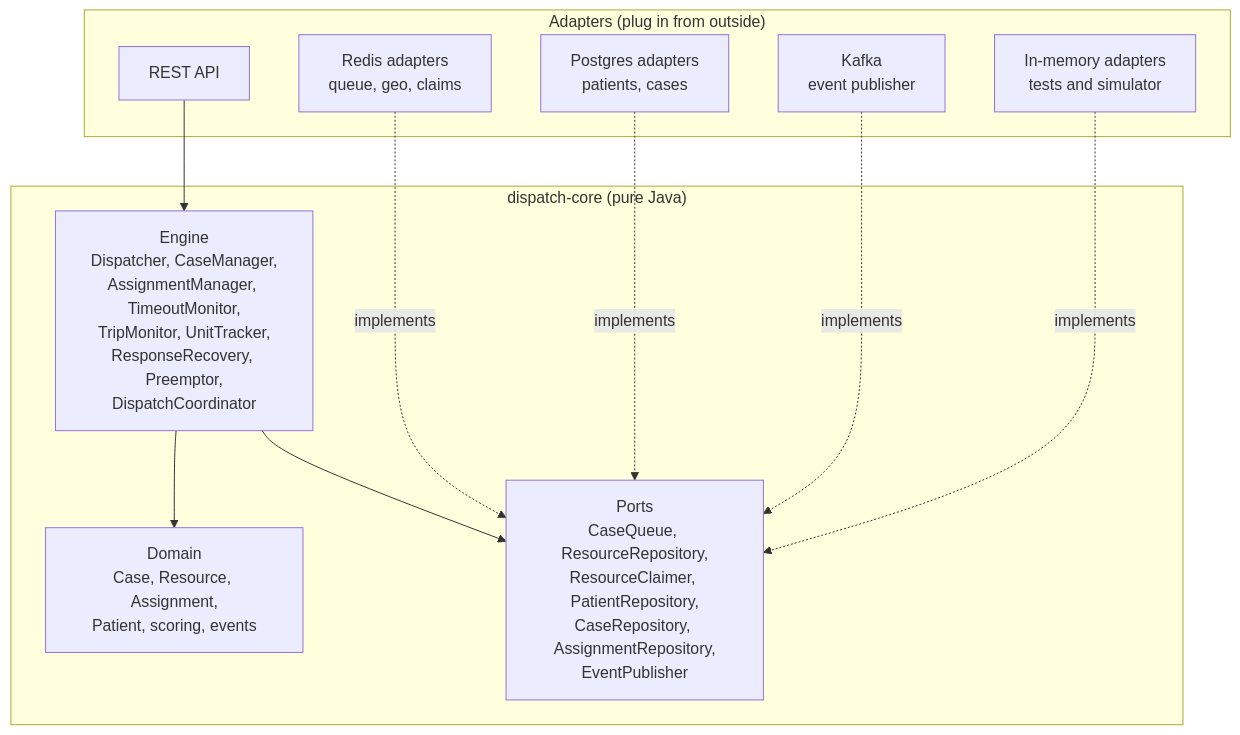
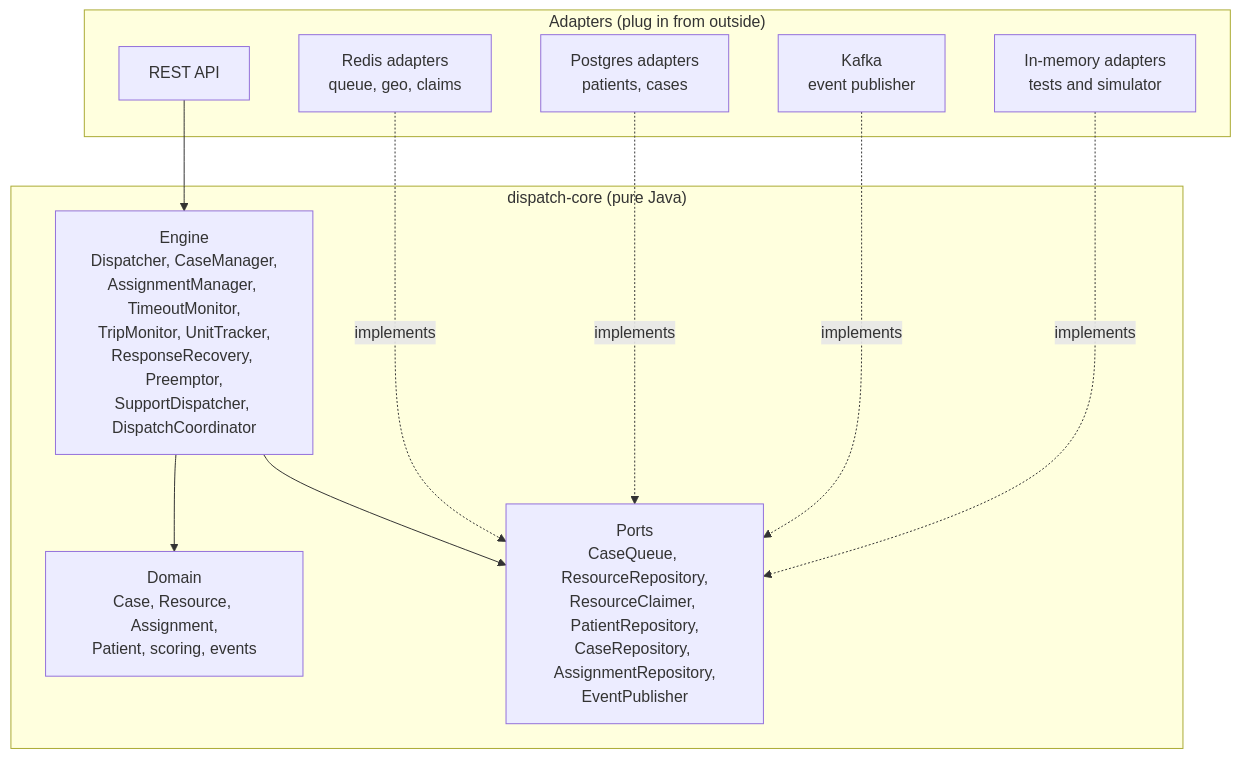
One commit to anujpi/medidispatch changed the third of 3 diagrams in README.md. Above: the diagram before and after it, drawn with Mermaid. The commit also changed other lines of this file and 1 other file, not shown here.

````diff
--- a/README.md
+++ b/README.md
@@ -105,22 +105,22 @@
 ```mermaid
 flowchart TB
     subgraph Outside["Adapters (plug in from outside)"]
         REST[REST API]
         REDIS[Redis adapters<br/>queue, geo, claims]
         PG[Postgres adapters<br/>patients, cases]
         KAFKA[Kafka<br/>event publisher]
         MEM[In-memory adapters<br/>tests and simulator]
     end
     subgraph Core["dispatch-core (pure Java)"]
-        ENG[Engine<br/>Dispatcher, CaseManager,<br/>AssignmentManager, TimeoutMonitor,<br/>TripMonitor, UnitTracker,<br/>ResponseRecovery, Preemptor,<br/>DispatchCoordinator]
+        ENG[Engine<br/>Dispatcher, CaseManager,<br/>AssignmentManager, TimeoutMonitor,<br/>TripMonitor, UnitTracker,<br/>ResponseRecovery, Preemptor,<br/>SupportDispatcher, DispatchCoordinator]
         DOM[Domain<br/>Case, Resource, Assignment,<br/>Patient, scoring, events]
         PORTS[Ports<br/>CaseQueue, ResourceRepository,<br/>ResourceClaimer, PatientRepository,<br/>CaseRepository, AssignmentRepository,<br/>EventPublisher]
     end
     REST --> ENG
     ENG --> DOM
     ENG --> PORTS
     REDIS -. implements .-> PORTS
     PG -. implements .-> PORTS
     KAFKA -. implements .-> PORTS
     MEM -. implements .-> PORTS
 ```
````
